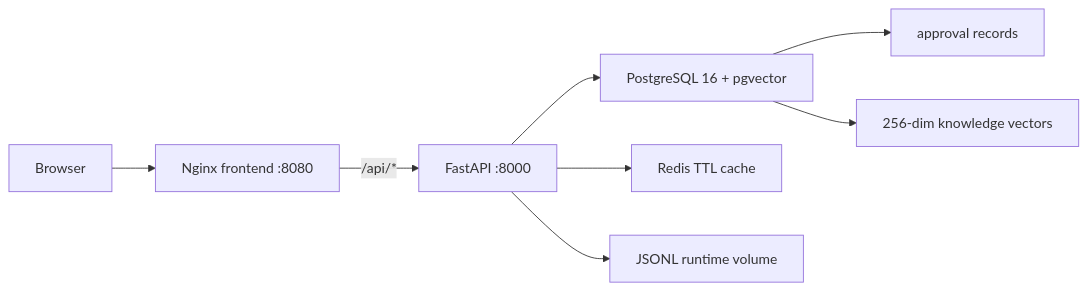
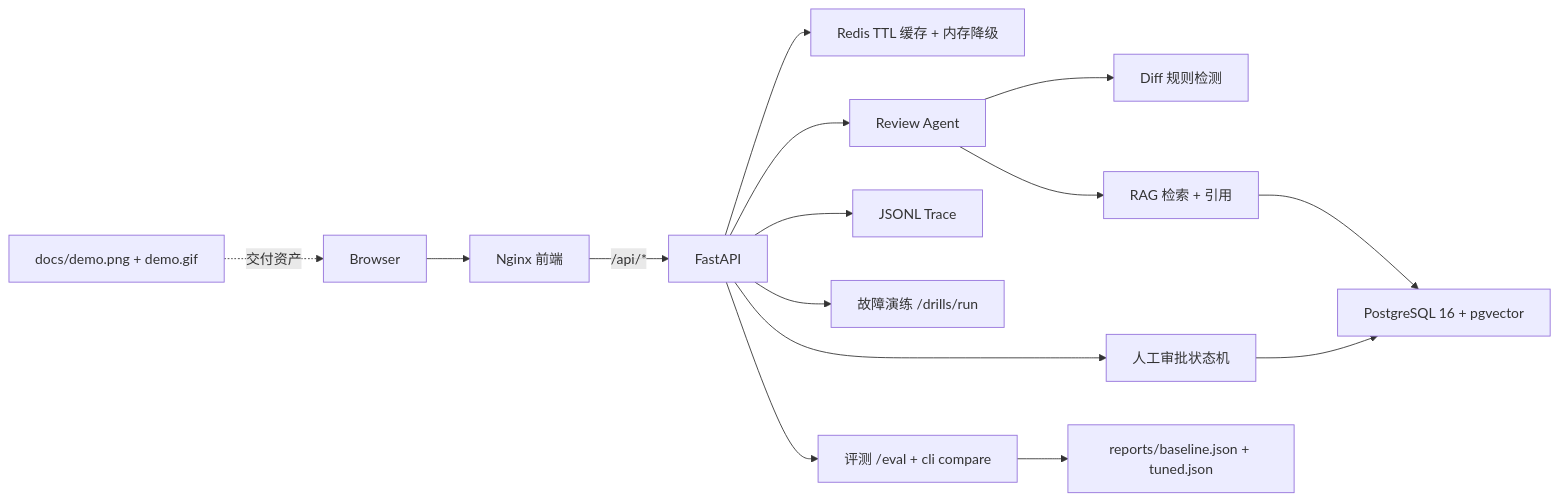
Before and after one commit to liancheng2020/agent-learning: the diagram in agent-0828/ARCHITECTURE.md, drawn with Mermaid. The commit also changed other lines of this file and 6 other files, not shown here.

First line of the commit message:
docs: rewrite day-specific INTERVIEW/ARCHITECTURE for 0826-0829

````diff
--- a/agent-0828/ARCHITECTURE.md
+++ b/agent-0828/ARCHITECTURE.md
@@ -3,10 +3,17 @@
 ```mermaid
 flowchart LR
-    Browser["Browser"] --> Frontend["Nginx frontend :8080"]
-    Frontend -->|/api/*| API["FastAPI :8000"]
-    API --> Postgres["PostgreSQL 16 + pgvector"]
-    API --> Redis["Redis TTL cache"]
-    API --> Trace["JSONL runtime volume"]
-    Postgres --> Approval["approval records"]
-    Postgres --> Vector["256-dim knowledge vectors"]
+    Browser["Browser"] --> Nginx["Nginx 前端"]
+    Nginx -->|/api/*| API["FastAPI"]
+    API --> Cache["Redis TTL 缓存 + 内存降级"]
+    API --> Agent["Review Agent"]
+    Agent --> Rules["Diff 规则检测"]
+    Agent --> RAG["RAG 检索 + 引用"]
+    RAG --> PG["PostgreSQL 16 + pgvector"]
+    API --> Approval["人工审批状态机"]
+    Approval --> PG
+    API --> Trace["JSONL Trace"]
+    API --> Drills["故障演练 /drills/run"]
+    API --> Eval["评测 /eval + cli compare"]
+    Eval --> Reports["reports/baseline.json + tuned.json"]
+    Docs["docs/demo.png + demo.gif"] -.交付资产.-> Browser
 ```
````
